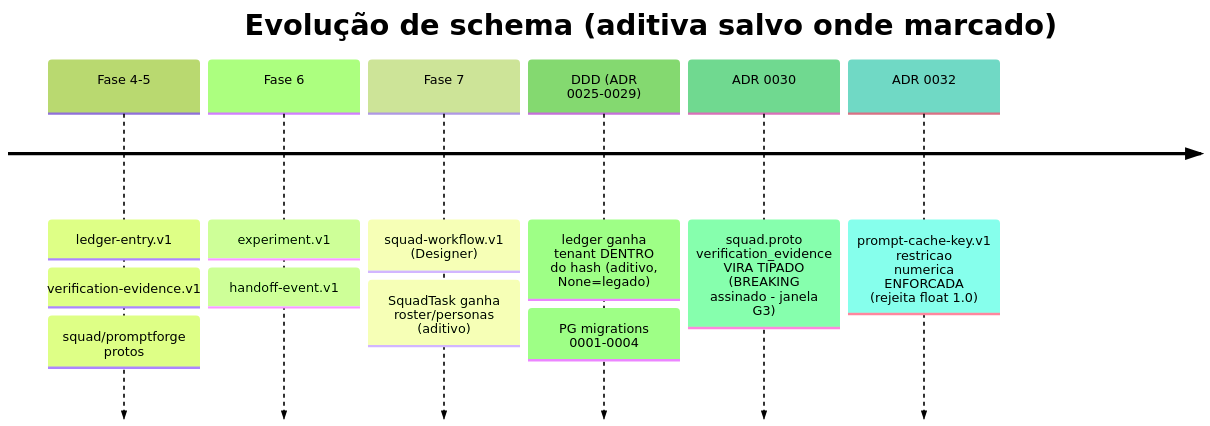
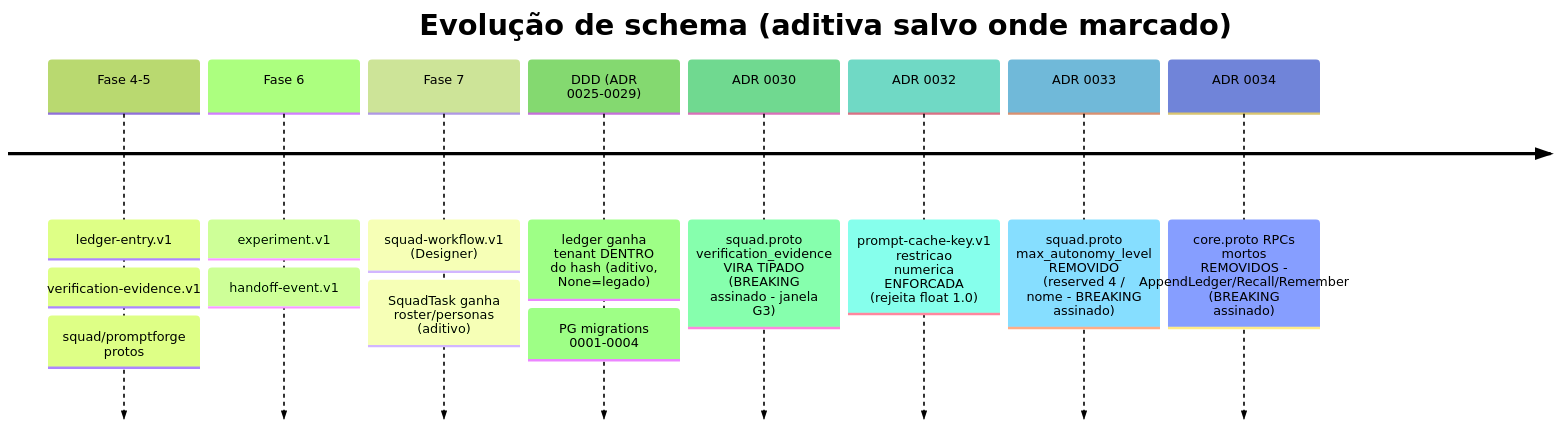
The first of 2 diagrams in docs/documentacao/mapeamentos/06-migracao-de-schema.md (danzeroum/btv), drawn with Mermaid (forest theme) before and after one commit. The commit also changed other lines of this file and 8 other files, not shown here.

````diff
--- a/docs/documentacao/mapeamentos/06-migracao-de-schema.md
+++ b/docs/documentacao/mapeamentos/06-migracao-de-schema.md
@@ -36,10 +36,12 @@
 ```mermaid
 timeline
     title Evolução de schema (aditiva salvo onde marcado)
     Fase 4-5 : ledger-entry.v1 : verification-evidence.v1 : squad/promptforge protos
     Fase 6 : experiment.v1 : handoff-event.v1
     Fase 7 : squad-workflow.v1 (Designer) : SquadTask ganha roster/personas (aditivo)
     DDD (ADR 0025-0029) : ledger ganha tenant DENTRO do hash (aditivo, None=legado) : PG migrations 0001-0004
     ADR 0030 : squad.proto verification_evidence VIRA TIPADO (BREAKING assinado - janela G3)
     ADR 0032 : prompt-cache-key.v1 restricao numerica ENFORCADA (rejeita float 1.0)
+    ADR 0033 : squad.proto max_autonomy_level REMOVIDO (reserved 4 / nome - BREAKING assinado)
+    ADR 0034 : core.proto RPCs mortos REMOVIDOS - AppendLedger/Recall/Remember (BREAKING assinado)
 ```
````
